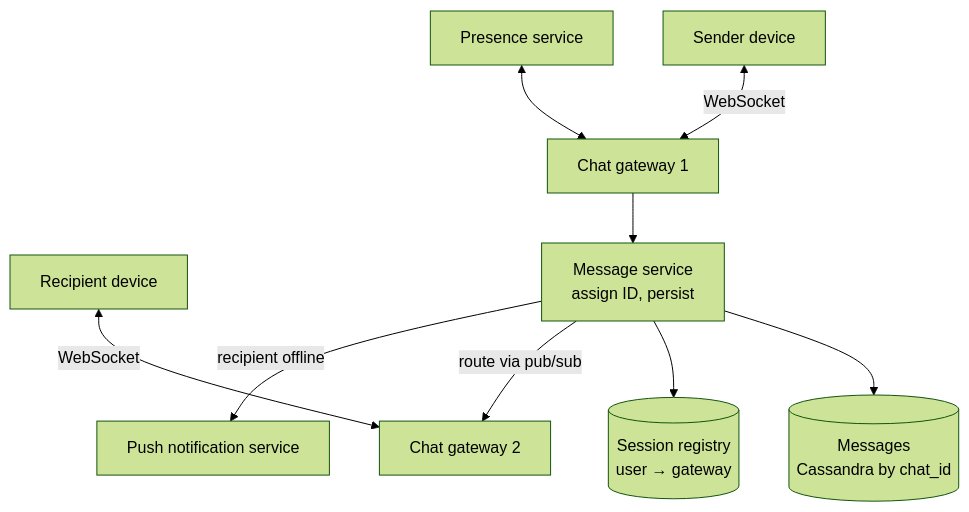
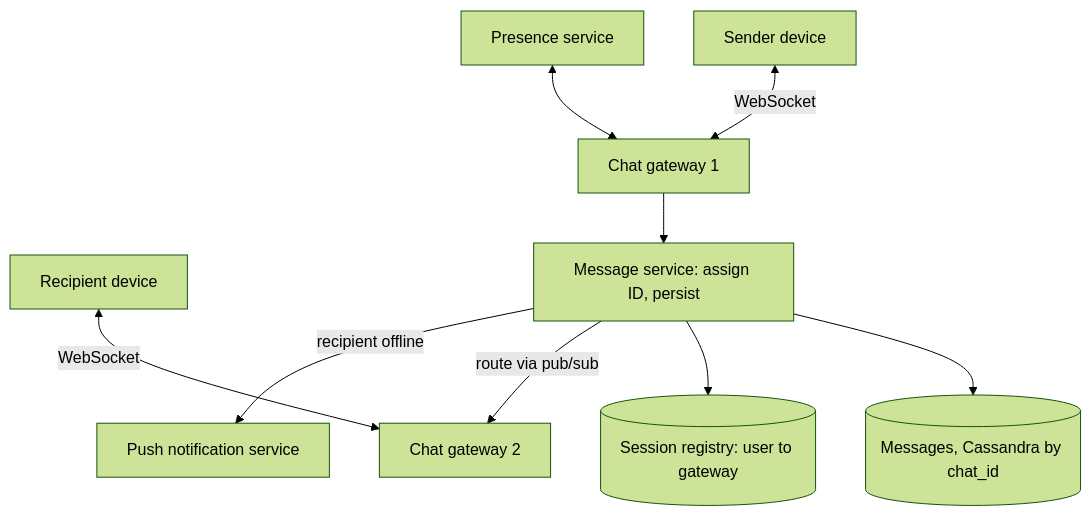
One commit to AkshayAshokCode/System-Design-Interview-Questions-and-Answers changed the fourth of 22 diagrams in topics/17-designs-social-media.md. Above: the diagram before and after it, drawn with Mermaid (forest theme). The commit also changed other lines of this file and 4 other files, not shown here.

````diff
--- a/topics/17-designs-social-media.md
+++ b/topics/17-designs-social-media.md
@@ -142,11 +305,11 @@
 ```mermaid
 flowchart TD
     A["Sender device"] <-->|"WebSocket"| GW1["Chat gateway 1"]
     B["Recipient device"] <-->|"WebSocket"| GW2["Chat gateway 2"]
-    GW1 --> MS["Message service<br/>assign ID, persist"]
-    MS --> DB[("Messages<br/>Cassandra by chat_id")]
-    MS --> REG[("Session registry<br/>user → gateway")]
+    GW1 --> MS["Message service: assign ID, persist"]
+    MS --> DB[("Messages, Cassandra by chat_id")]
+    MS --> REG[("Session registry: user to gateway")]
     MS -->|"route via pub/sub"| GW2
     MS -->|"recipient offline"| PN["Push notification service"]
     PR["Presence service"] <--> GW1
 ```
````
